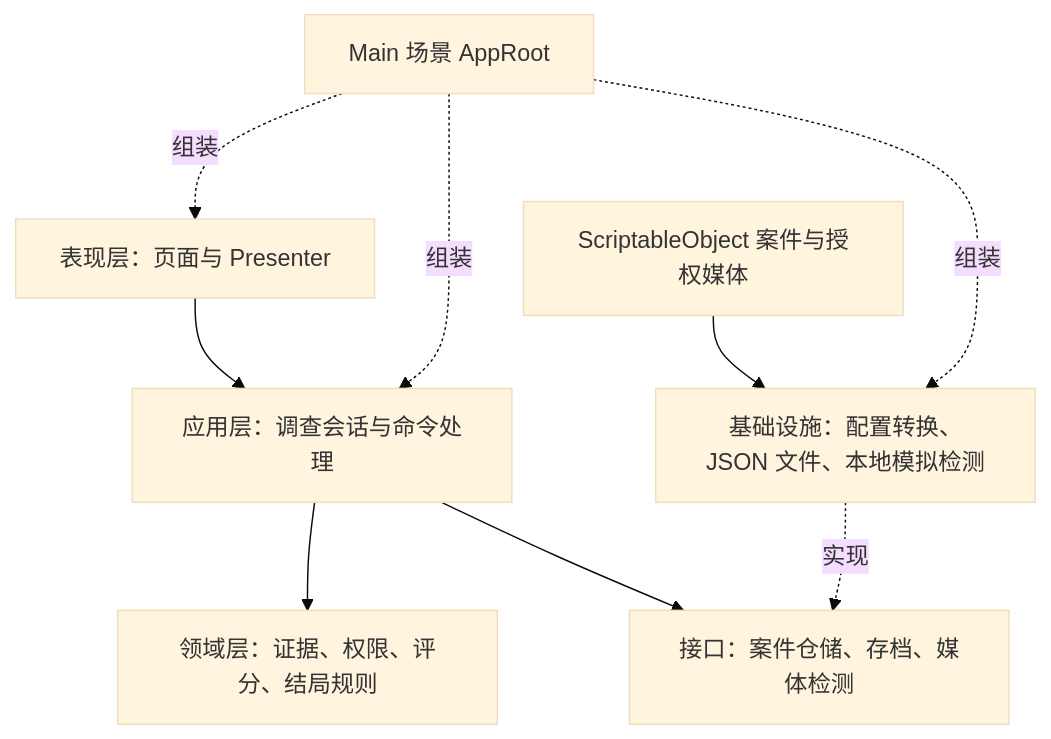
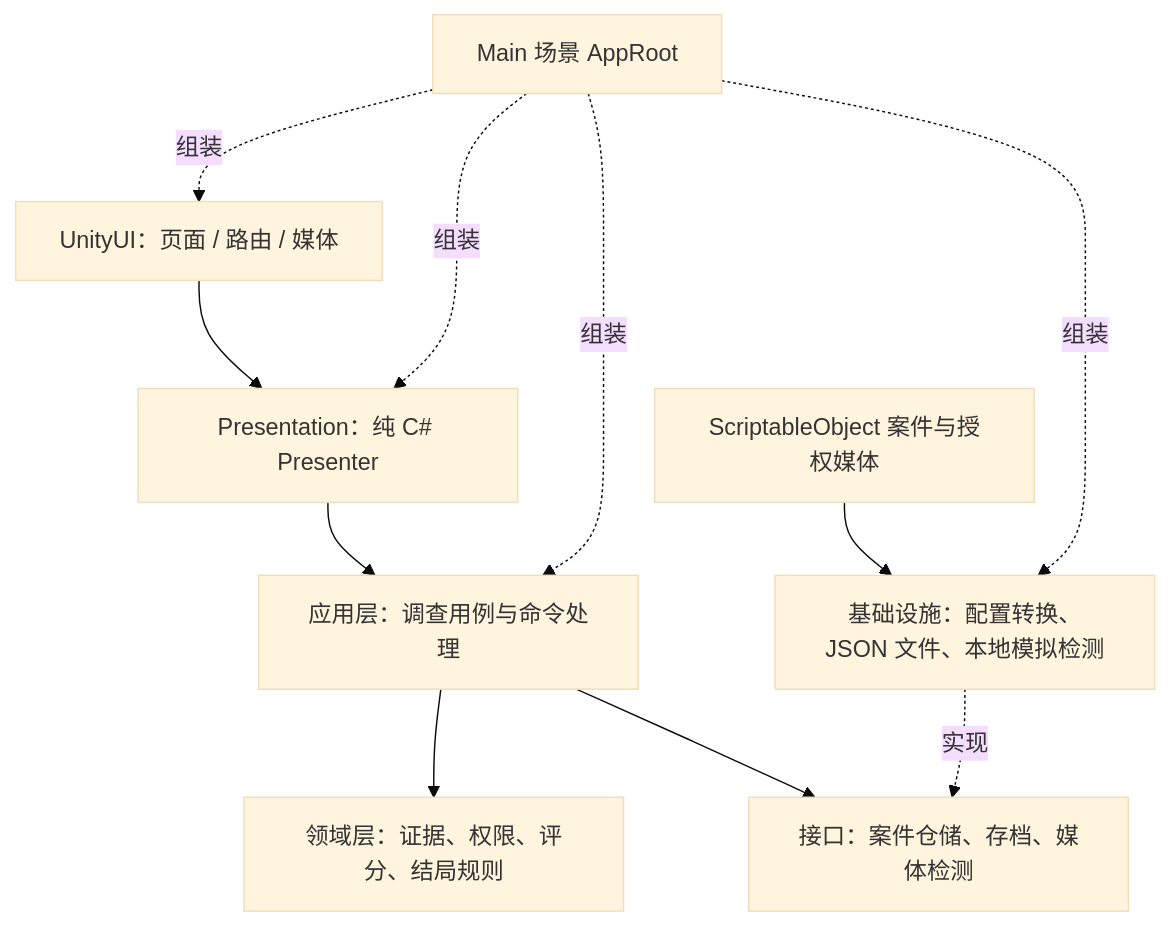
The second of 3 diagrams in docs/顶层设计.md (l0x0hhh/zhijian-mobile-security), drawn with Mermaid (base theme) before and after one commit. The commit also changed other lines of this file and 509 other files, not shown here.

````diff
--- a/docs/顶层设计.md
+++ b/docs/顶层设计.md
@@ -119,11 +121,13 @@
 ```mermaid
 flowchart TD
-    UI[表现层：页面与 Presenter] --> App[应用层：调查会话与命令处理]
+    View[UnityUI：页面 / 路由 / 媒体] --> UI[Presentation：纯 C# Presenter]
+    UI --> App[应用层：调查用例与命令处理]
     App --> Domain[领域层：证据、权限、评分、结局规则]
     App --> Ports[接口：案件仓储、存档、媒体检测]
     Infra[基础设施：配置转换、JSON 文件、本地模拟检测] -.实现.-> Ports
     Data[ScriptableObject 案件与授权媒体] --> Infra
-    Root[Main 场景 AppRoot] -.组装.-> UI
+    Root[Main 场景 AppRoot] -.组装.-> View
+    Root -.组装.-> UI
     Root -.组装.-> App
     Root -.组装.-> Infra
 ```
````
